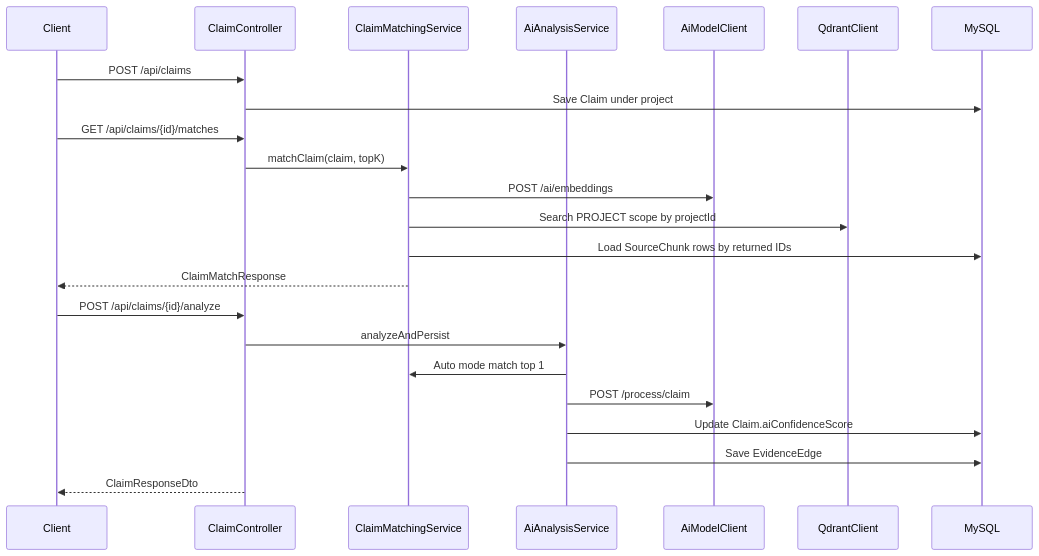
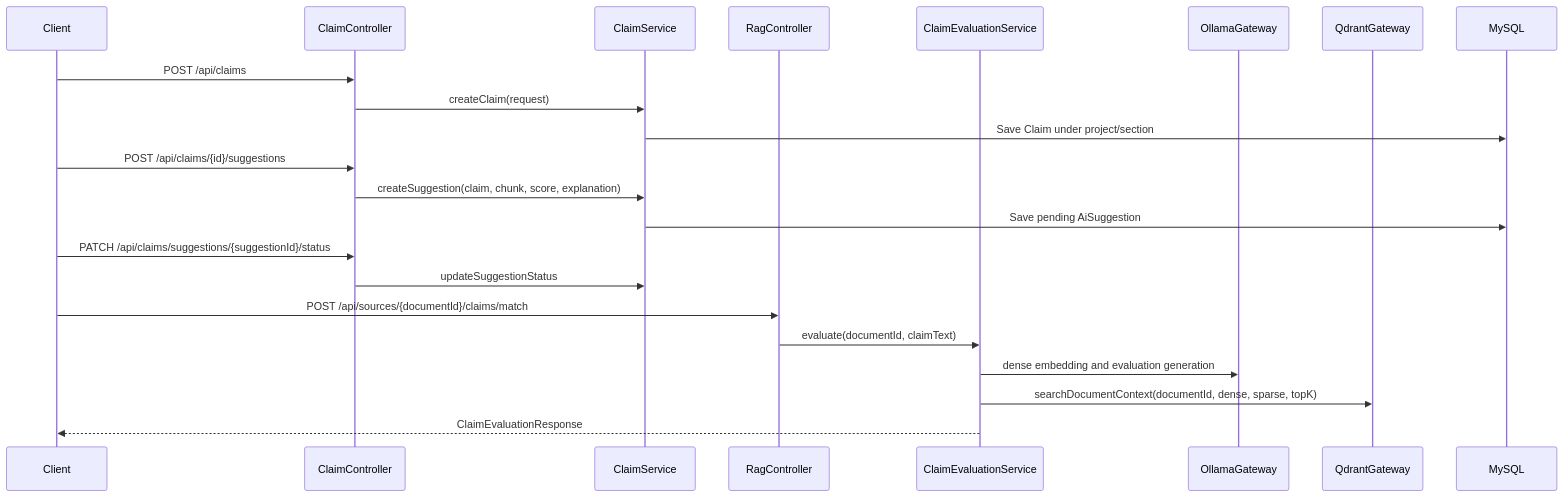
One commit to MinhKien17/SEP490_Prototype changed the eighth of 10 diagrams in README.md. Above: the diagram before and after it, drawn with Mermaid. The commit also changed other lines of this file, not shown here.

````diff
--- a/README.md
+++ b/README.md
@@ -340,28 +336,28 @@
 ```mermaid
 sequenceDiagram
     participant Client
     participant ClaimController
-    participant ClaimMatchingService
-    participant AiAnalysisService
-    participant AiModelClient
-    participant QdrantClient
+    participant ClaimService
+    participant RagController
+    participant ClaimEvaluationService
+    participant OllamaGateway
+    participant QdrantGateway
     participant MySQL
 
     Client->>ClaimController: POST /api/claims
-    ClaimController->>MySQL: Save Claim under project
+    ClaimController->>ClaimService: createClaim(request)
+    ClaimService->>MySQL: Save Claim under project/section
 
-    Client->>ClaimController: GET /api/claims/{id}/matches
-    ClaimController->>ClaimMatchingService: matchClaim(claim, topK)
-    ClaimMatchingService->>AiModelClient: POST /ai/embeddings
-    ClaimMatchingService->>QdrantClient: Search PROJECT scope by projectId
-    ClaimMatchingService->>MySQL: Load SourceChunk rows by returned IDs
-    ClaimMatchingService-->>Client: ClaimMatchResponse
+    Client->>ClaimController: POST /api/claims/{id}/suggestions
+    ClaimController->>ClaimService: createSuggestion(claim, chunk, score, explanation)
+    ClaimService->>MySQL: Save pending AiSuggestion
 
-    Client->>ClaimController: POST /api/claims/{id}/analyze
-    ClaimController->>AiAnalysisService: analyzeAndPersist
-    AiAnalysisService->>ClaimMatchingService: Auto mode match top 1
-    AiAnalysisService->>AiModelClient: POST /process/claim
-    AiAnalysisService->>MySQL: Update Claim.aiConfidenceScore
-    AiAnalysisService->>MySQL: Save EvidenceEdge
-    ClaimController-->>Client: ClaimResponseDto
+    Client->>ClaimController: PATCH /api/claims/suggestions/{suggestionId}/status
+    ClaimController->>ClaimService: updateSuggestionStatus
+
+    Client->>RagController: POST /api/sources/{documentId}/claims/match
+    RagController->>ClaimEvaluationService: evaluate(documentId, claimText)
+    ClaimEvaluationService->>OllamaGateway: dense embedding and evaluation generation
+    ClaimEvaluationService->>QdrantGateway: searchDocumentContext(documentId, dense, sparse, topK)
+    ClaimEvaluationService-->>Client: ClaimEvaluationResponse
 ```
````
